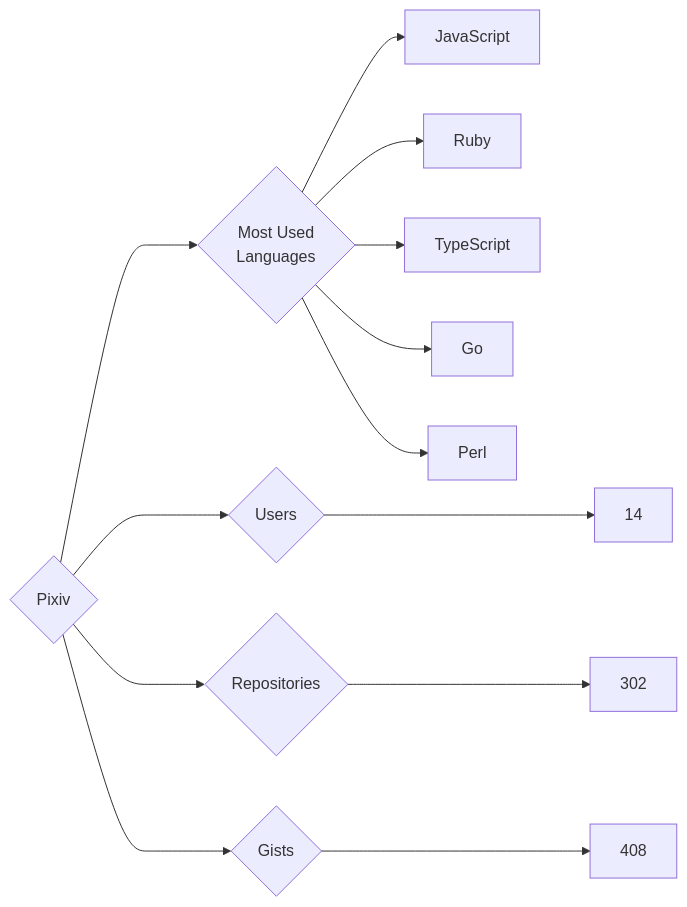
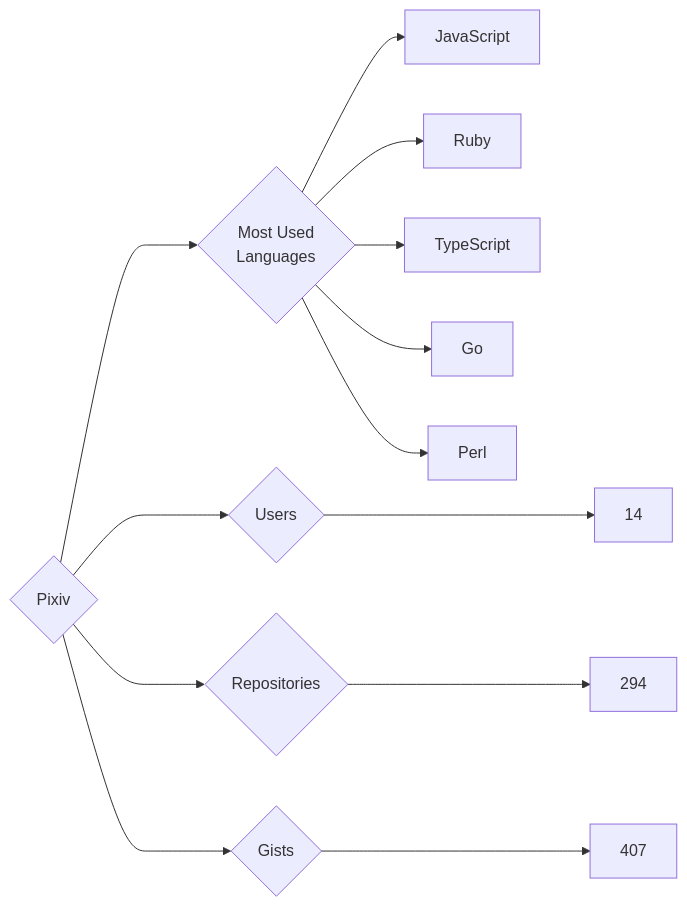
The diagram in targets/Pixiv/README.md (trickest/insiders), drawn with Mermaid before and after one commit. The commit also changed 1011 other files, not shown here.

````diff
--- a/targets/Pixiv/README.md
+++ b/targets/Pixiv/README.md
@@ -3,13 +3,13 @@
 ```mermaid
 graph LR
 COMPANY_NAME{Pixiv}
 COMPANY_NAME ---> U{Users} ---> UN[14]
-COMPANY_NAME ---> R{Repositories} ---> RN[302]
-COMPANY_NAME ---> G{Gists} ---> GN[408]
+COMPANY_NAME ---> R{Repositories} ---> RN[294]
+COMPANY_NAME ---> G{Gists} ---> GN[407]
 COMPANY_NAME ---> ML{Most Used<br>Languages}
 ML --> JavaScript[JavaScript]
 ML --> Ruby[Ruby]
 ML --> TypeScript[TypeScript]
 ML --> Go[Go]
 ML --> Perl[Perl]
 ```
````
